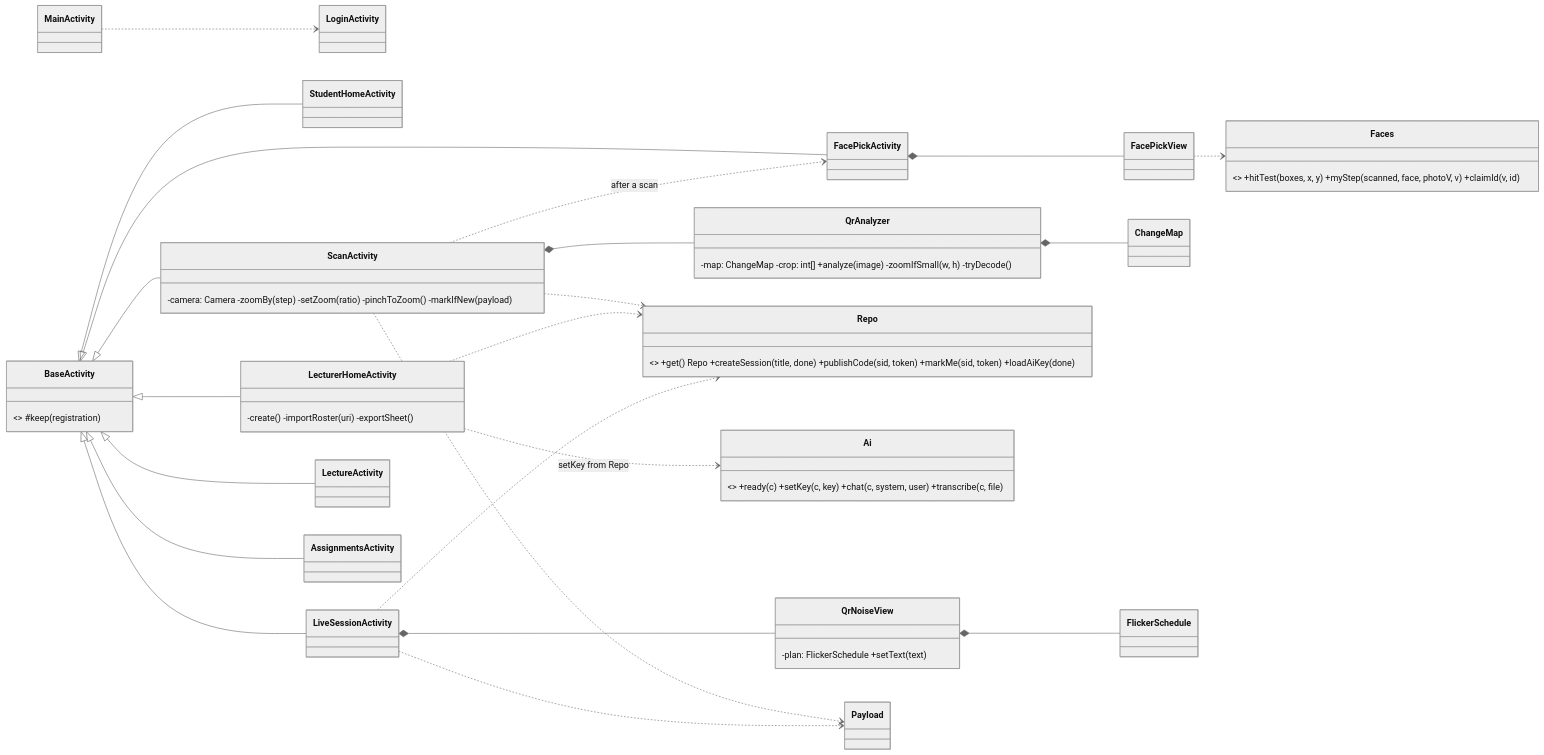
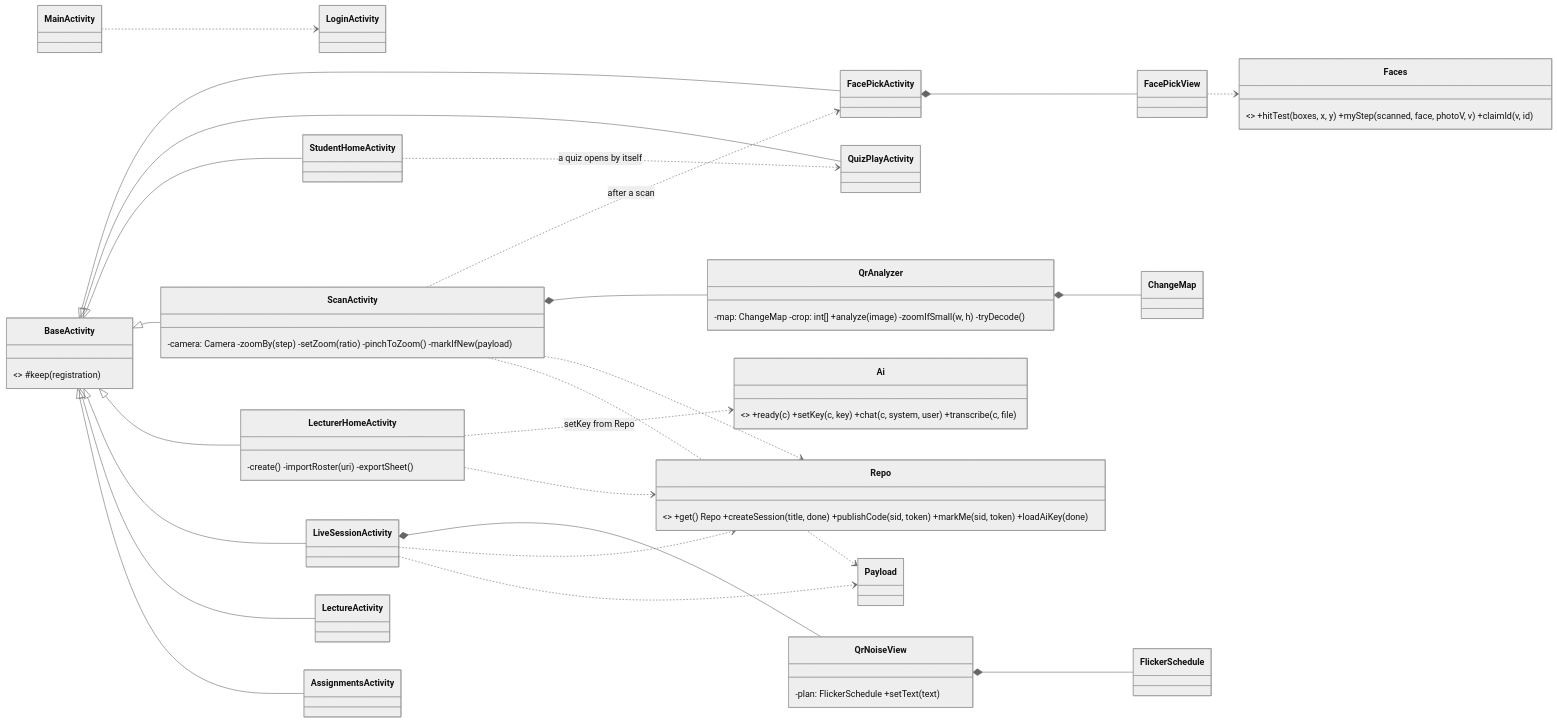
The fifth of 5 diagrams in docs/06_CLASS_DIAGRAMS.md (minion-dog/I2CS_Ex2-smart-class-demo), drawn with Mermaid (neutral theme) before and after one commit. The commit also changed other lines of this file and 47 other files, not shown here.

````diff
--- a/docs/06_CLASS_DIAGRAMS.md
+++ b/docs/06_CLASS_DIAGRAMS.md
@@ -317,44 +341,47 @@
 ```mermaid
 classDiagram
     direction LR
     class BaseActivity { <<abstract>> #keep(registration) }
     class MainActivity
     class LoginActivity
     class StudentHomeActivity
     class ScanActivity { -camera: Camera -zoomBy(step) -setZoom(ratio) -pinchToZoom() -markIfNew(payload) }
     class QrAnalyzer { -map: ChangeMap -crop: int[] +analyze(image) -zoomIfSmall(w, h) -tryDecode() }
     class LecturerHomeActivity { -create() -importRoster(uri) -exportSheet() }
     class LiveSessionActivity
     class QrNoiseView { -plan: FlickerSchedule +setText(text) }
     class LectureActivity
     class AssignmentsActivity
     class Repo { <<singleton>> +get() Repo +createSession(title, done) +publishCode(sid, token) +markMe(sid, token) +loadAiKey(done) }
     class Ai { <<Gemini>> +ready(c) +setKey(c, key) +chat(c, system, user) +transcribe(c, file) }
     class Faces { <<core>> +hitTest(boxes, x, y) +myStep(scanned, face, photoV, v) +claimId(v, id) }
     class FacePickActivity
     class FacePickView
     BaseActivity <|-- FacePickActivity
     FacePickActivity *-- FacePickView
     FacePickView ..> Faces
     ScanActivity ..> FacePickActivity : after a scan
+    class QuizPlayActivity
+    BaseActivity <|-- QuizPlayActivity
+    StudentHomeActivity ..> QuizPlayActivity : a quiz opens by itself
     LecturerHomeActivity ..> Ai : setKey from Repo
     class ChangeMap
     class FlickerSchedule
     class Payload
     BaseActivity <|-- StudentHomeActivity
     BaseActivity <|-- ScanActivity
     BaseActivity <|-- LecturerHomeActivity
     BaseActivity <|-- LiveSessionActivity
     BaseActivity <|-- LectureActivity
     BaseActivity <|-- AssignmentsActivity
     MainActivity ..> LoginActivity
     ScanActivity *-- QrAnalyzer
     QrAnalyzer *-- ChangeMap
     LiveSessionActivity *-- QrNoiseView
     QrNoiseView *-- FlickerSchedule
     ScanActivity ..> Repo
     LecturerHomeActivity ..> Repo
     LiveSessionActivity ..> Repo
     ScanActivity ..> Payload
     LiveSessionActivity ..> Payload
 ```
````
